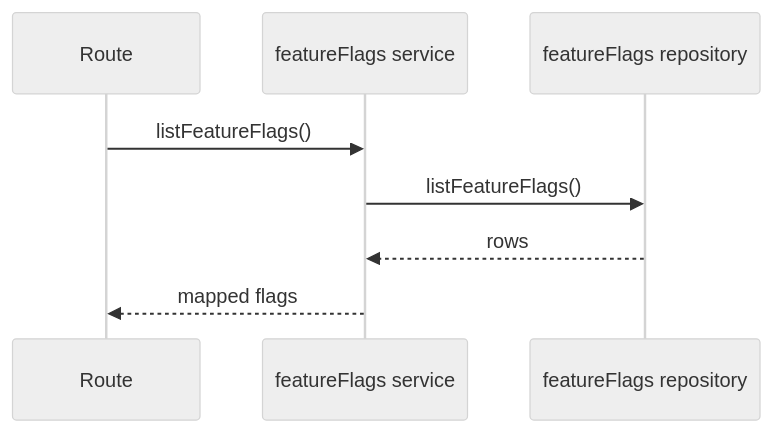
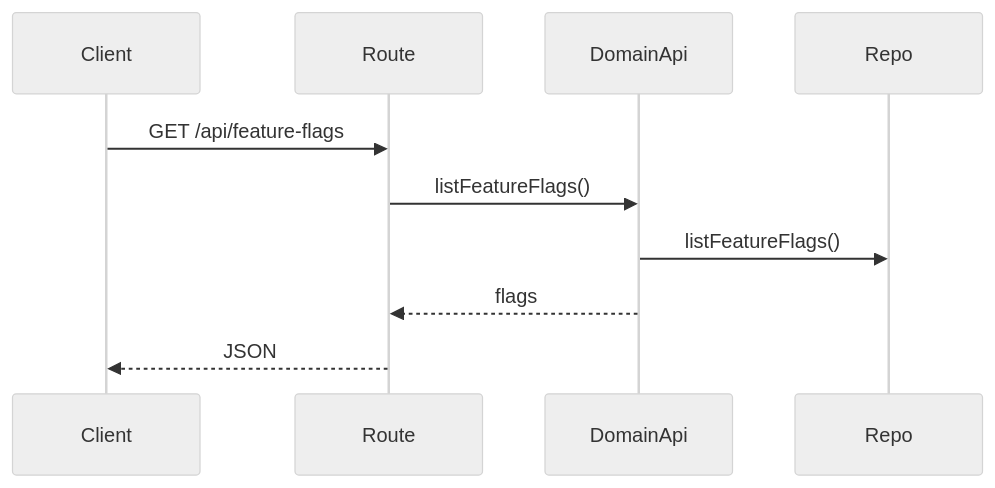
One commit to TurtleStoffel/tektite-console changed the first of 4 diagrams in src/backend/domains/featureFlags/README.md. Above: the diagram before and after it, drawn with Mermaid (neutral theme). The commit also changed other lines of this file and 30 other files, not shown here.

Commit message:
split domainApi from service

````diff
--- a/src/backend/domains/featureFlags/README.md
+++ b/src/backend/domains/featureFlags/README.md
@@ -12,10 +12,12 @@
 ```mermaid
 sequenceDiagram
+    participant Client
     participant Route
-    participant Service as featureFlags service
-    participant Repo as featureFlags repository
-    Route->>Service: listFeatureFlags()
-    Service->>Repo: listFeatureFlags()
-    Repo-->>Service: rows
-    Service-->>Route: mapped flags
+    participant DomainApi
+    participant Repo
+    Client->>Route: GET /api/feature-flags
+    Route->>DomainApi: listFeatureFlags()
+    DomainApi->>Repo: listFeatureFlags()
+    DomainApi-->>Route: flags
+    Route-->>Client: JSON
 ```
````
